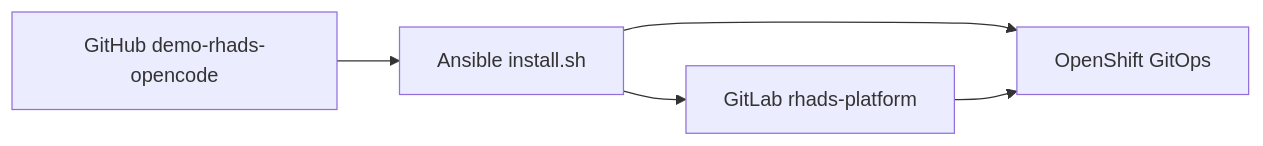
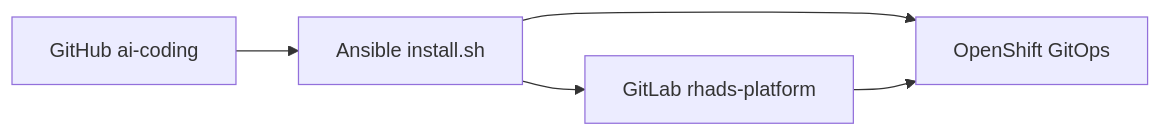
One commit to panchoraposo/ai-coding changed the first of 2 diagrams in docs/architecture.md. Above: the diagram before and after it, drawn with Mermaid. The commit also changed other lines of this file and 2 other files, not shown here.

Commit message:
Point install and docs at the ai-coding GitHub repository.

````diff
--- a/docs/architecture.md
+++ b/docs/architecture.md
@@ -15,11 +15,11 @@
 ```mermaid
 flowchart LR
-  GH[GitHub demo-rhads-opencode]
+  GH[GitHub ai-coding]
   AN[Ansible install.sh]
   GL[GitLab rhads-platform]
   ACD[OpenShift GitOps]
   GH --> AN
   AN --> GL
   AN --> ACD
   GL --> ACD
 ```
````
